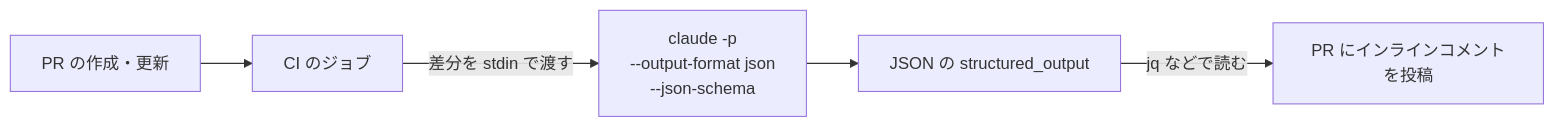
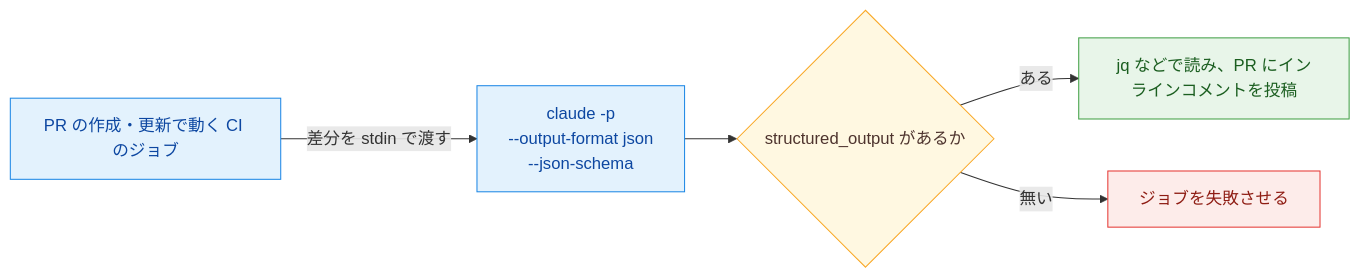
One commit to yuya-take/yuya-exam-notes changed the diagram in ccaf/notes/03-claude-code/ci-non-interactive.md. Above: the diagram before and after it, drawn with Mermaid. The commit also changed other lines of this file and 50 other files, not shown here.

````diff
--- a/ccaf/notes/03-claude-code/ci-non-interactive.md
+++ b/ccaf/notes/03-claude-code/ci-non-interactive.md
@@ -12,7 +12,15 @@
 ```mermaid
 flowchart LR
-  E[PR の作成・更新] --> J[CI のジョブ]
-  J -->|差分を stdin で渡す| C["claude -p<br>--output-format json<br>--json-schema"]
-  C --> O[JSON の structured_output]
-  O -->|jq などで読む| P[PR にインラインコメントを投稿]
+  J[PR の作成・更新で動く CI のジョブ] -->|差分を stdin で渡す| C["claude -p<br>--output-format json<br>--json-schema"]
+  C --> O{structured_output があるか}
+  O -->|ある| P[jq などで読み、PR にインラインコメントを投稿]
+  O -->|無い| X[ジョブを失敗させる]
+  classDef run fill:#e3f2fd,stroke:#1e88e5,color:#0d47a1
+  classDef judge fill:#fff8e1,stroke:#f9a825,color:#4e342e
+  classDef done fill:#e8f5e9,stroke:#43a047,color:#1b5e20
+  classDef ng fill:#fdecea,stroke:#e53935,color:#8e1c13
+  class J,C run
+  class O judge
+  class P done
+  class X ng
 ```
````
